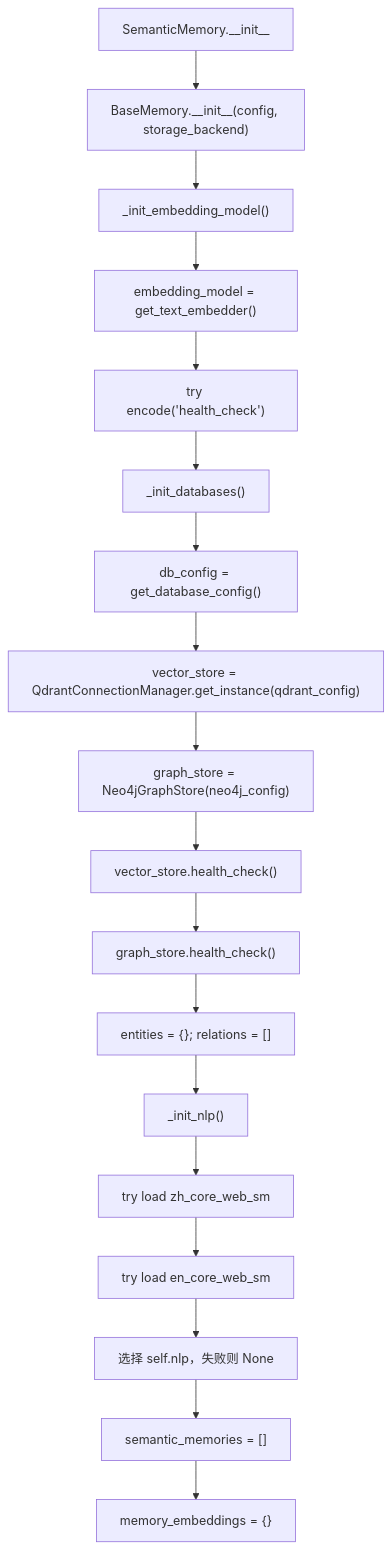
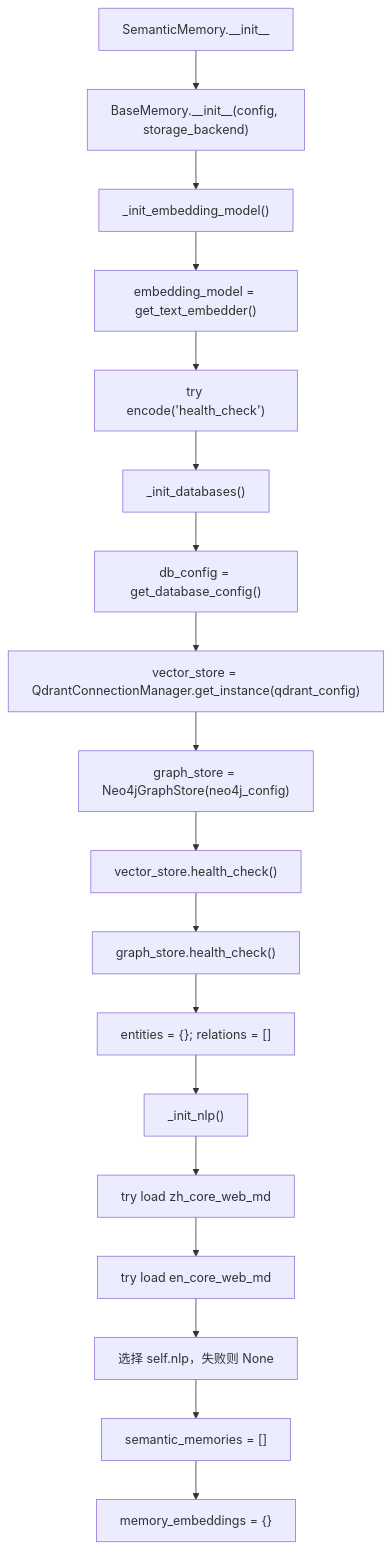
Before and after one commit to liweilicoder/myAgent: diagram 30 of 36 in josie_agents/memory/types/semantic_memory_flow.md, drawn with Mermaid. The commit also changed other lines of this file and 10 other files, not shown here.

````diff
--- a/josie_agents/memory/types/semantic_memory_flow.md
+++ b/josie_agents/memory/types/semantic_memory_flow.md
@@ -766,20 +771,20 @@
 ```mermaid
 flowchart TD
     A["SemanticMemory.__init__"] --> B["BaseMemory.__init__(config, storage_backend)"]
     B --> C["_init_embedding_model()"]
     C --> D["embedding_model = get_text_embedder()"]
     D --> E["try encode('health_check')"]
     E --> F["_init_databases()"]
     F --> G["db_config = get_database_config()"]
     G --> H["vector_store = QdrantConnectionManager.get_instance(qdrant_config)"]
     H --> I["graph_store = Neo4jGraphStore(neo4j_config)"]
     I --> J["vector_store.health_check()"]
     J --> K["graph_store.health_check()"]
     K --> L["entities = {}; relations = []"]
     L --> M["_init_nlp()"]
-    M --> N["try load zh_core_web_sm"]
-    N --> O["try load en_core_web_sm"]
+    M --> N["try load zh_core_web_md"]
+    N --> O["try load en_core_web_md"]
     O --> P["选择 self.nlp，失败则 None"]
     P --> Q["semantic_memories = []"]
     Q --> R["memory_embeddings = {}"]
 ```
````
